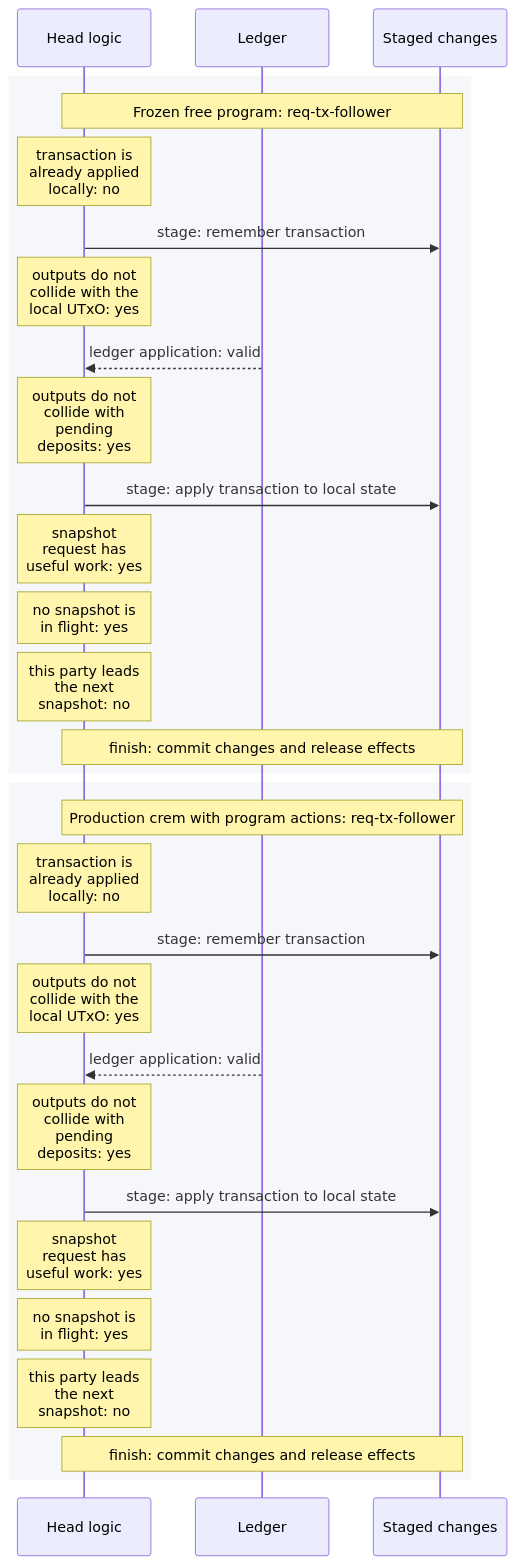
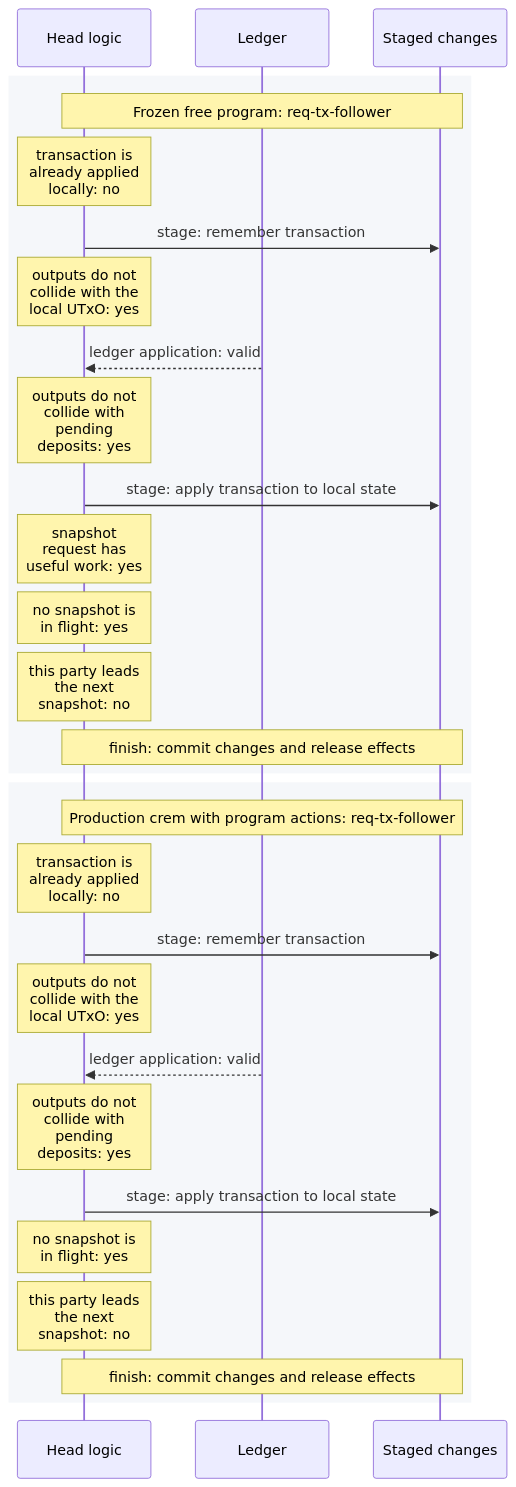
The diagram in docs/docs/dev/architecture/head-logic-experiments/workflows/req-tx-follower.mmd (cardano-scaling/hydra), drawn with Mermaid before and after one commit. The commit also changed 54 other files, not shown here.

Commit message:
Check snapshot capacity before requesting a round and prune blocked work

```diff
--- a/docs/docs/dev/architecture/head-logic-experiments/workflows/req-tx-follower.mmd
+++ b/docs/docs/dev/architecture/head-logic-experiments/workflows/req-tx-follower.mmd
@@ -1,31 +1,30 @@
 %%{init: {"sequence": {"wrap": true}}}%%
 sequenceDiagram
   participant logic as Head logic
   participant ledger as Ledger
   participant changes as Staged changes
   rect rgb(245, 247, 250)
     Note over logic,changes: Frozen free program: req-tx-follower
     Note over logic: transaction is already applied locally: no
     logic->>changes: stage: remember transaction
     Note over logic: outputs do not collide with the local UTxO: yes
     ledger-->>logic: ledger application: valid
     Note over logic: outputs do not collide with pending deposits: yes
     logic->>changes: stage: apply transaction to local state
     Note over logic: snapshot request has useful work: yes
     Note over logic: no snapshot is in flight: yes
     Note over logic: this party leads the next snapshot: no
     Note over logic,changes: finish: commit changes and release effects
   end
   rect rgb(245, 247, 250)
     Note over logic,changes: Production crem with program actions: req-tx-follower
     Note over logic: transaction is already applied locally: no
     logic->>changes: stage: remember transaction
     Note over logic: outputs do not collide with the local UTxO: yes
     ledger-->>logic: ledger application: valid
     Note over logic: outputs do not collide with pending deposits: yes
     logic->>changes: stage: apply transaction to local state
-    Note over logic: snapshot request has useful work: yes
     Note over logic: no snapshot is in flight: yes
     Note over logic: this party leads the next snapshot: no
     Note over logic,changes: finish: commit changes and release effects
   end
```
